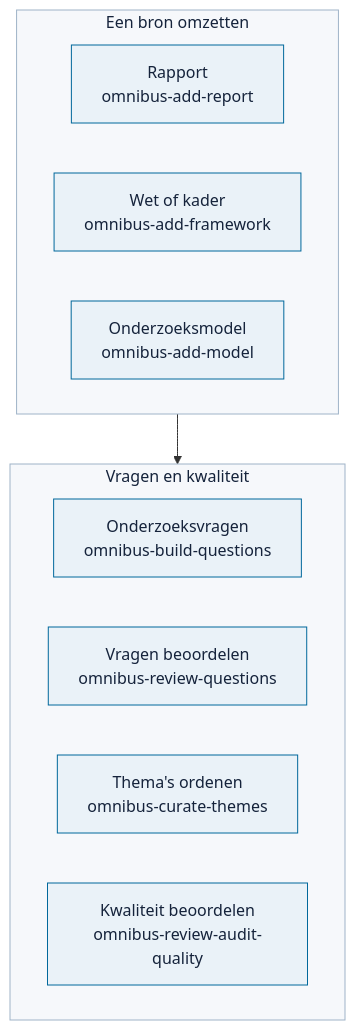
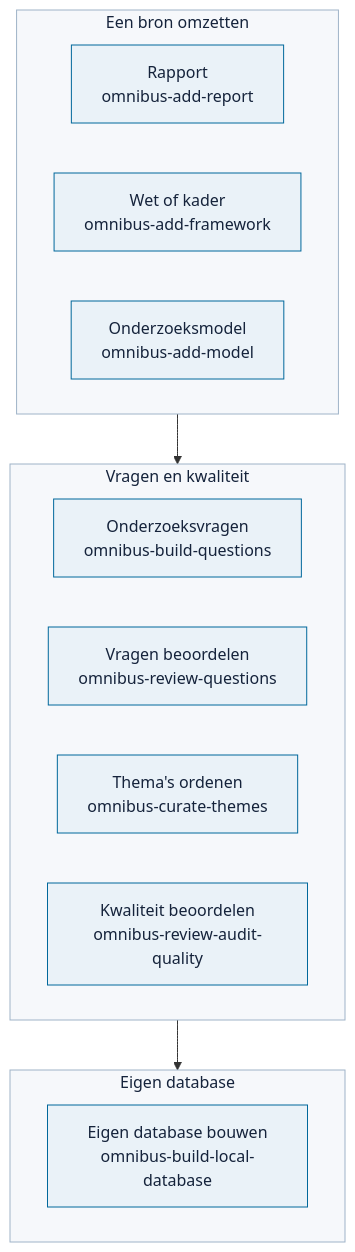
One commit to Robert-Worm/omnibus changed the diagram in skills/README.md. Above: the diagram before and after it, drawn with Mermaid. The commit also changed other lines of this file and 9 other files, not shown here.

First line of the commit message:
Nieuwe skill omnibus-build-local-database: van eigen pdf tot eigen lokale database (#156)

````diff
--- a/skills/README.md
+++ b/skills/README.md
@@ -11,18 +11,22 @@
 ```mermaid
 flowchart TD
     subgraph Bron["Een bron omzetten"]
         R["Rapport<br/>omnibus-add-report"]
         F["Wet of kader<br/>omnibus-add-framework"]
         M["Onderzoeksmodel<br/>omnibus-add-model"]
     end
     subgraph Kwaliteit["Vragen en kwaliteit"]
         Q["Onderzoeksvragen<br/>omnibus-build-questions"]
         V["Vragen beoordelen<br/>omnibus-review-questions"]
         T["Thema's ordenen<br/>omnibus-curate-themes"]
         K["Kwaliteit beoordelen<br/>omnibus-review-audit-quality"]
     end
+    subgraph Eigen["Eigen database"]
+        E["Eigen database bouwen<br/>omnibus-build-local-database"]
+    end
     Bron --> Kwaliteit
+    Kwaliteit --> Eigen
     classDef default fill:#eaf2f8,stroke:#01689b,color:#15233b;
     classDef groep fill:#f6f8fb,stroke:#9fb3c8,color:#15233b;
-    class Bron,Kwaliteit groep;
+    class Bron,Kwaliteit,Eigen groep;
 ```
````
